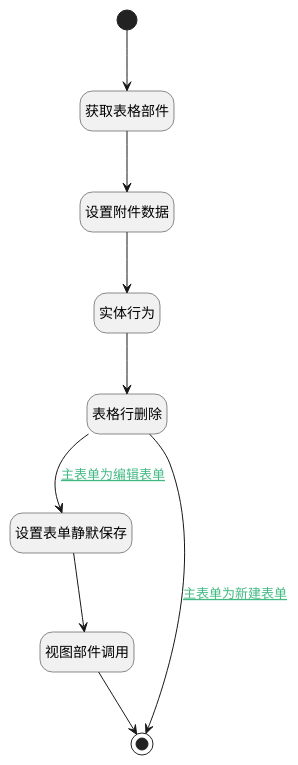
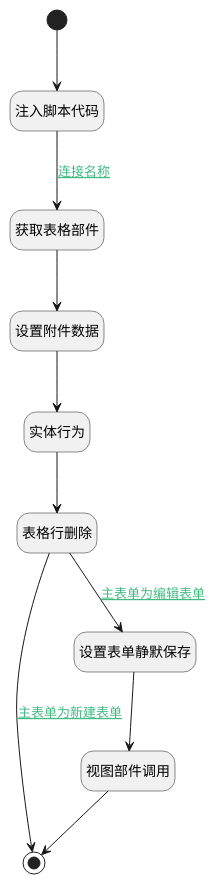
The diagram in doc/docsify/module/Base/attachment/uilogic/remove_attachment.md (iBizLab/plm), drawn with PlantUML before and after one commit. The commit also changed other lines of this file and 1473 other files, not shown here.

````diff
--- a/doc/docsify/module/Base/attachment/uilogic/remove_attachment.md
+++ b/doc/docsify/module/Base/attachment/uilogic/remove_attachment.md
@@ -7,32 +7,34 @@
 ```plantuml
 @startuml
 hide footbox
 <style>
 root {
   HyperlinkColor #42b983
 }
 </style>
 
 hide empty description
 state "开始" as Begin <<start>> [[$./remove_attachment#begin {开始}]]
+state "实体行为" as DEACTION1  [[$./remove_attachment#deaction1 {实体行为}]]
+state "设置附件数据" as RAWJSCODE1  [[$./remove_attachment#rawjscode1 {设置附件数据}]]
+state "注入脚本代码" as RAWJSCODE2  [[$./remove_attachment#rawjscode2 {注入脚本代码}]]
+state "结束" as END1 <<end>> [[$./remove_attachment#end1 {结束}]]
+state "表格行删除" as VIEWCTRLINVOKE1  [[$./remove_attachment#viewctrlinvoke1 {表格行删除}]]
+state "视图部件调用" as VIEWCTRLINVOKE2  [[$./remove_attachment#viewctrlinvoke2 {视图部件调用}]]
+state "获取表格部件" as PREPAREJSPARAM1  [[$./remove_attachment#preparejsparam1 {获取表格部件}]]
 state "设置表单静默保存" as PREPAREJSPARAM2  [[$./remove_attachment#preparejsparam2 {设置表单静默保存}]]
-state "获取表格部件" as PREPAREJSPARAM1  [[$./remove_attachment#preparejsparam1 {获取表格部件}]]
-state "实体行为" as DEACTION1  [[$./remove_attachment#deaction1 {实体行为}]]
-state "结束" as END1 <<end>> [[$./remove_attachment#end1 {结束}]]
-state "视图部件调用" as VIEWCTRLINVOKE2  [[$./remove_attachment#viewctrlinvoke2 {视图部件调用}]]
-state "设置附件数据" as RAWJSCODE1  [[$./remove_attachment#rawjscode1 {设置附件数据}]]
-state "表格行删除" as VIEWCTRLINVOKE1  [[$./remove_attachment#viewctrlinvoke1 {表格行删除}]]
 
 
-Begin --> PREPAREJSPARAM1
+Begin --> RAWJSCODE2
+RAWJSCODE2 --> PREPAREJSPARAM1 : [[$./remove_attachment#rawjscode2-preparejsparam1{连接名称} 连接名称]]
 PREPAREJSPARAM1 --> RAWJSCODE1
 RAWJSCODE1 --> DEACTION1
 DEACTION1 --> VIEWCTRLINVOKE1
 VIEWCTRLINVOKE1 --> PREPAREJSPARAM2 : [[$./remove_attachment#viewctrlinvoke1-preparejsparam2{主表单为编辑表单} 主表单为编辑表单]]
 PREPAREJSPARAM2 --> VIEWCTRLINVOKE2
 VIEWCTRLINVOKE2 --> END1
 VIEWCTRLINVOKE1 --> END1 : [[$./remove_attachment#viewctrlinvoke1-end1{主表单为新建表单} 主表单为新建表单]]
 
 
 @enduml
 ```
````
